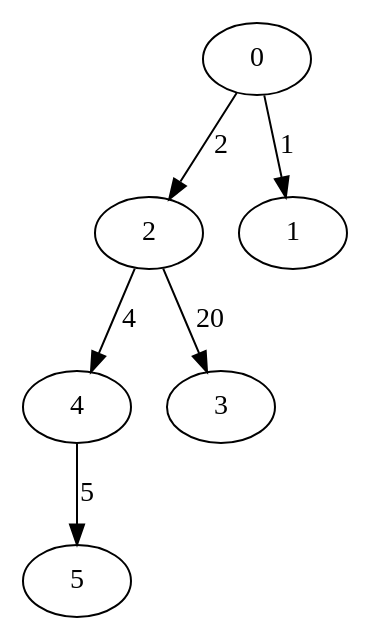
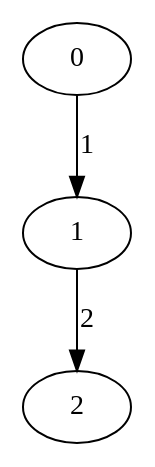
The diagram in TISD/lab_08/graph.dot (chaykanet/laboratory), drawn with Graphviz before and after one commit. The commit also changed 6 other files, not shown here.

```diff
--- a/TISD/lab_08/graph.dot
+++ b/TISD/lab_08/graph.dot
@@ -1,8 +1,5 @@
 digraph G {
 trankdir=LR;
-    0 -> 2 [label="2"];
     0 -> 1 [label="1"];
-    2 -> 4 [label="4"];
-    2 -> 3 [label="20"];
-    4 -> 5 [label="5"];
+    1 -> 2 [label="2"];
 }
```
